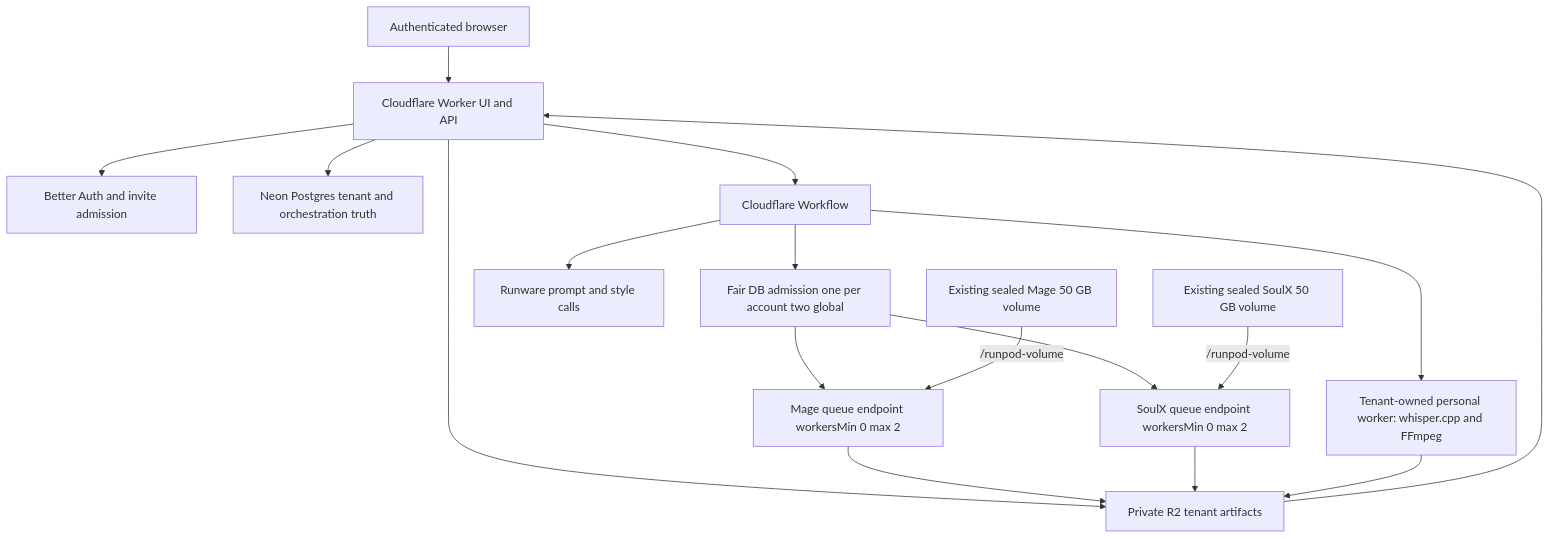
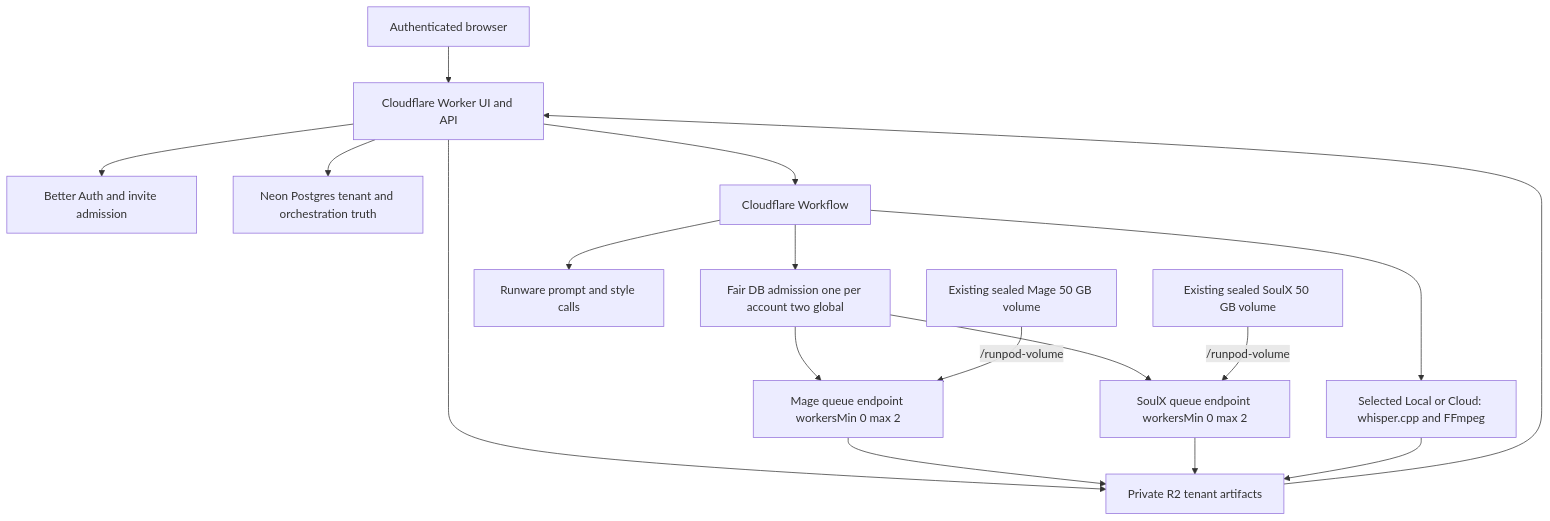
One commit to Pala-LakshmanSai/videoforge changed the diagram in project-context/06_SYSTEM_ARCHITECTURE.md. Above: the diagram before and after it, drawn with Mermaid. The commit also changed other lines of this file and 52 other files, not shown here.

````diff
--- a/project-context/06_SYSTEM_ARCHITECTURE.md
+++ b/project-context/06_SYSTEM_ARCHITECTURE.md
@@ -43,18 +43,18 @@
 ```mermaid
 flowchart TB
     U["Authenticated browser"] --> APP["Cloudflare Worker UI and API"]
     APP --> AUTH["Better Auth and invite admission"]
     APP --> PG["Neon Postgres tenant and orchestration truth"]
     APP --> R2["Private R2 tenant artifacts"]
     APP --> WF["Cloudflare Workflow"]
     WF --> ADMIT["Fair DB admission one per account two global"]
     WF --> RW["Runware prompt and style calls"]
     ADMIT --> ME["Mage queue endpoint workersMin 0 max 2"]
     ADMIT --> SE["SoulX queue endpoint workersMin 0 max 2"]
     MV["Existing sealed Mage 50 GB volume"] -->|"/runpod-volume"| ME
     SV["Existing sealed SoulX 50 GB volume"] -->|"/runpod-volume"| SE
     ME --> R2
     SE --> R2
-    WF --> CPU["Tenant-owned personal worker: whisper.cpp and FFmpeg"] --> R2
+    WF --> CPU["Selected Local or Cloud: whisper.cpp and FFmpeg"] --> R2
     R2 --> APP
 ```
````
